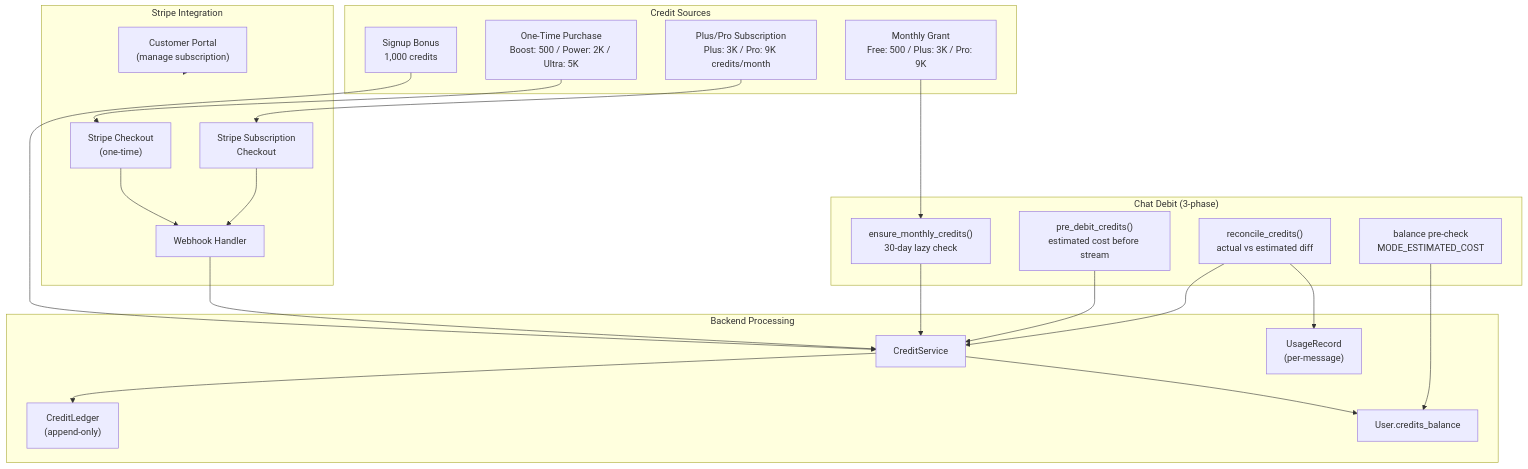
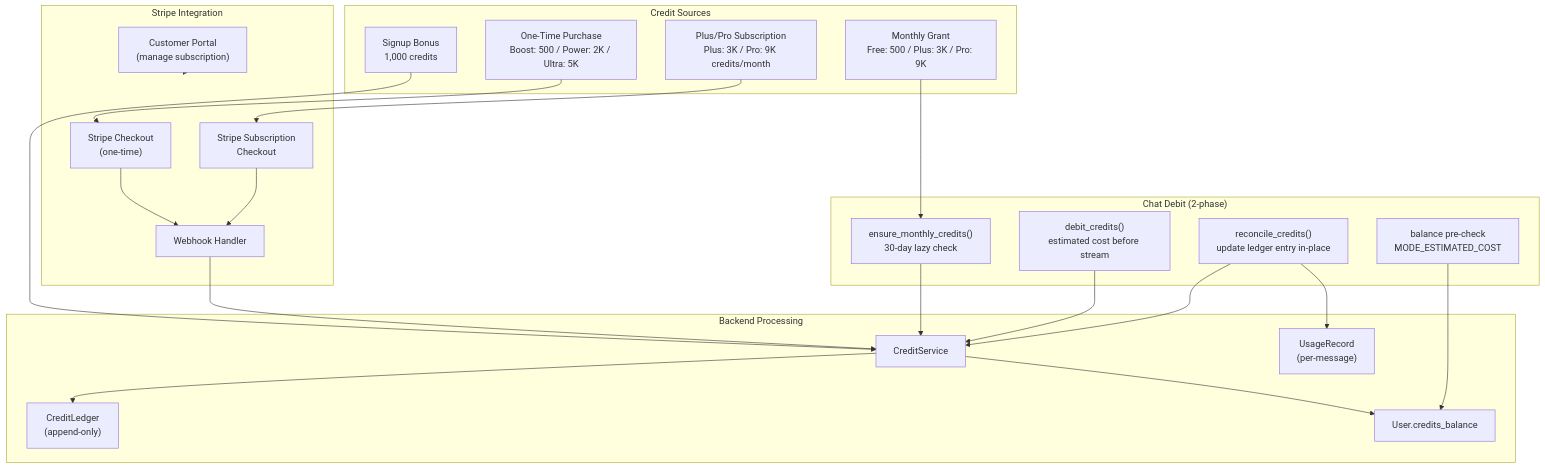
Before and after one commit to Rswcf/DocTalk: the fifth of 8 diagrams in docs/ARCHITECTURE.md, drawn with Mermaid. The commit also changed other lines of this file and 2 other files, not shown here.

Commit message:
docs: update credit system docs for single-ledger-entry consolidation
Three-phase → two-phase debit, reconcile updates entry in-place,
LLM failure deletes entry. Updated CLAUDE.md, ARCHITECTURE.md/zh.

````diff
--- a/docs/ARCHITECTURE.md
+++ b/docs/ARCHITECTURE.md
@@ -257,45 +257,45 @@
 ```mermaid
 flowchart TB
     subgraph Sources["Credit Sources"]
         Signup["Signup Bonus<br/>1,000 credits"]
         Monthly["Monthly Grant<br/>Free: 500 / Plus: 3K / Pro: 9K"]
         Purchase["One-Time Purchase<br/>Boost: 500 / Power: 2K / Ultra: 5K"]
         Subscription["Plus/Pro Subscription<br/>Plus: 3K / Pro: 9K credits/month"]
     end
 
     subgraph Stripe["Stripe Integration"]
         Checkout["Stripe Checkout<br/>(one-time)"]
         SubCheckout["Stripe Subscription<br/>Checkout"]
         Portal["Customer Portal<br/>(manage subscription)"]
         Webhook["Webhook Handler"]
     end
 
     subgraph Backend["Backend Processing"]
         CreditService["CreditService"]
         Ledger["CreditLedger<br/>(append-only)"]
         Balance["User.credits_balance"]
         UsageRecord["UsageRecord<br/>(per-message)"]
     end
 
-    subgraph Chat["Chat Debit (3-phase)"]
+    subgraph Chat["Chat Debit (2-phase)"]
         EnsureMonthly["ensure_monthly_credits()<br/>30-day lazy check"]
         PreCheck["balance pre-check<br/>MODE_ESTIMATED_COST"]
-        PreDebit["pre_debit_credits()<br/>estimated cost before stream"]
-        Reconcile["reconcile_credits()<br/>actual vs estimated diff"]
+        PreDebit["debit_credits()<br/>estimated cost before stream"]
+        Reconcile["reconcile_credits()<br/>update ledger entry in-place"]
     end
 
     Signup --> CreditService
     Monthly --> EnsureMonthly
     Purchase --> Checkout --> Webhook --> CreditService
     Subscription --> SubCheckout --> Webhook
     Portal --> Stripe
 
     CreditService --> Ledger
     CreditService --> Balance
 
     EnsureMonthly --> CreditService
     PreCheck --> Balance
     PreDebit --> CreditService
     Reconcile --> CreditService
     Reconcile --> UsageRecord
 ```
````
